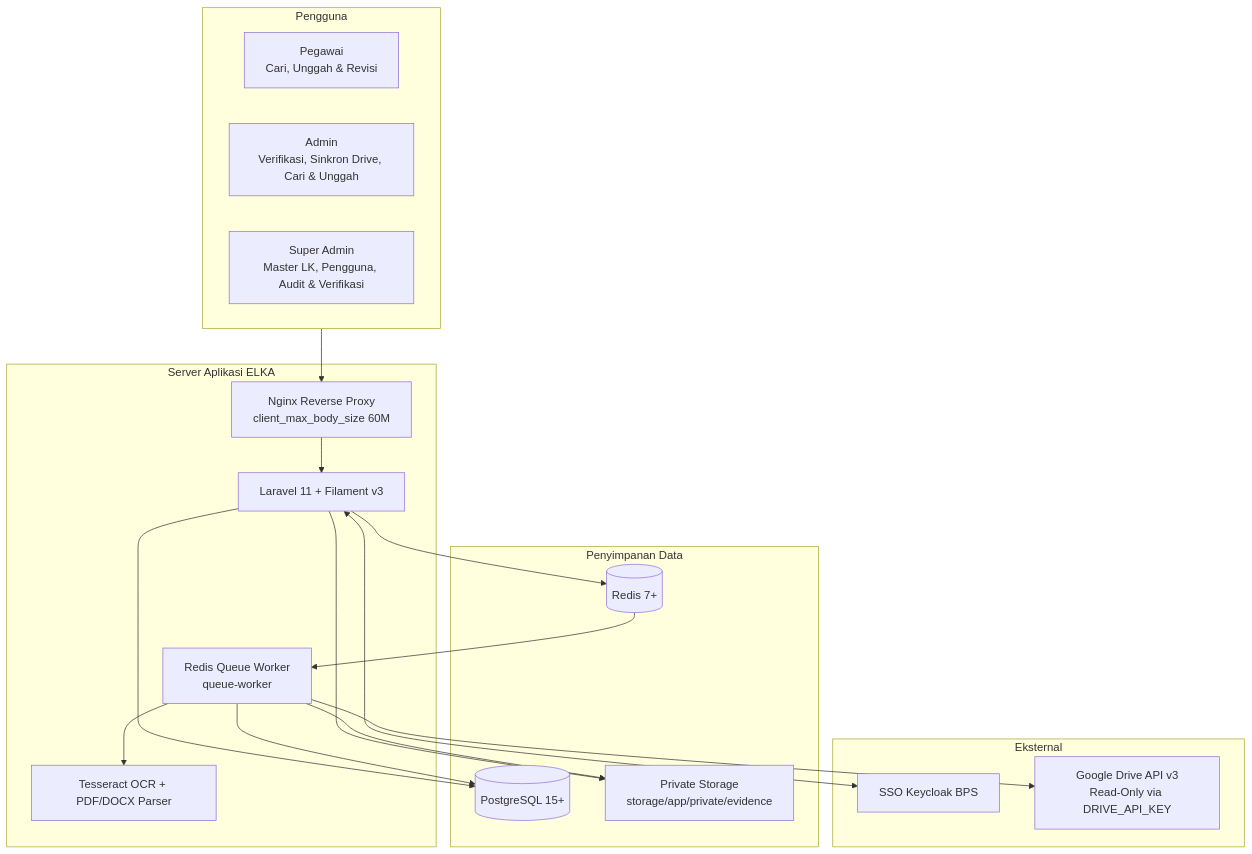
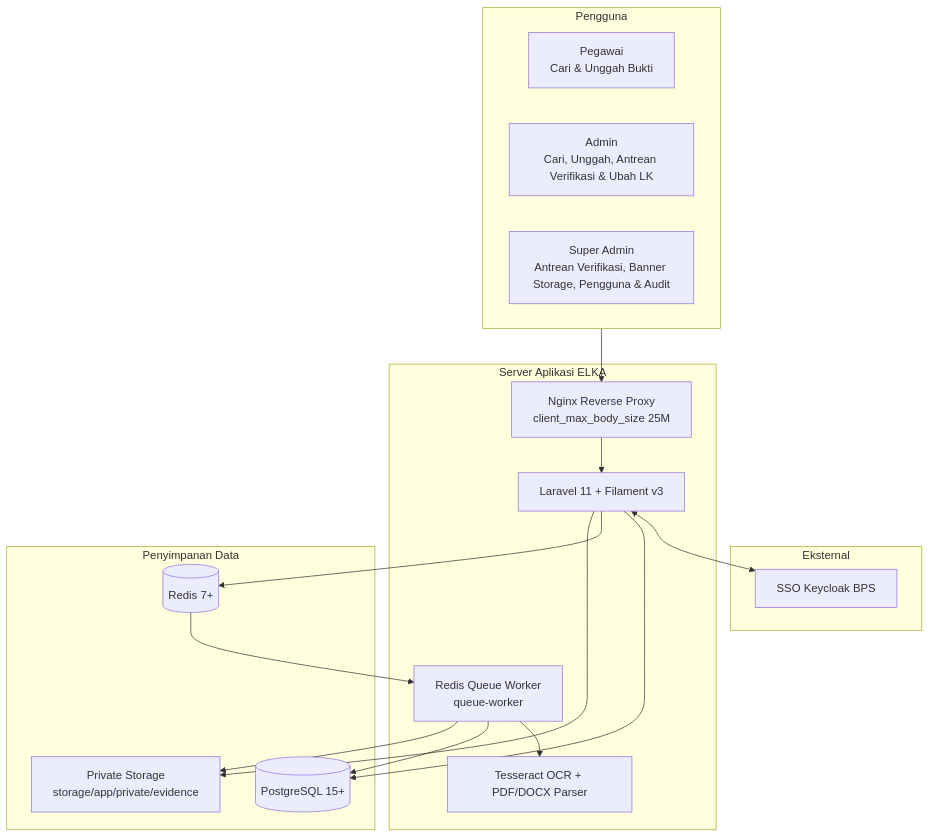
Before and after one commit to Raaamaa/websinkronisasi: the diagram in Md/ARCHITECTURE.md, drawn with Mermaid. The commit also changed other lines of this file and 10 other files, not shown here.

Commit message:
docs(fase-15): sync all 11 active docs with final Perpustakaan Bukti Dukung architecture

````diff
--- a/Md/ARCHITECTURE.md
+++ b/Md/ARCHITECTURE.md
@@ -19,37 +19,35 @@
 ```mermaid
 graph TD
     subgraph Pengguna
-        PGW[Pegawai<br/>Cari, Unggah & Revisi]
-        ADM[Admin<br/>Verifikasi, Sinkron Drive, Cari & Unggah]
-        SA[Super Admin<br/>Master LK, Pengguna, Audit & Verifikasi]
+        PGW[Pegawai<br/>Cari & Unggah Bukti]
+        ADM[Admin<br/>Cari, Unggah, Antrean Verifikasi & Ubah LK]
+        SA[Super Admin<br/>Antrean Verifikasi, Banner Storage, Pengguna & Audit]
     end
 
     subgraph Eksternal
         SSO[SSO Keycloak BPS]
-        GDRIVE[Google Drive API v3<br/>Read-Only via DRIVE_API_KEY]
     end
 
     subgraph Server Aplikasi ELKA
-        NGINX[Nginx Reverse Proxy<br/>client_max_body_size 60M]
+        NGINX[Nginx Reverse Proxy<br/>client_max_body_size 25M]
         APP[Laravel 11 + Filament v3]
         WORKER[Redis Queue Worker<br/>queue-worker]
         TESS[Tesseract OCR + PDF/DOCX Parser]
     end
 
     subgraph Penyimpanan Data
         PG[(PostgreSQL 15+)]
         REDIS[(Redis 7+)]
         DISK[Private Storage<br/>storage/app/private/evidence]
     end
 
     Pengguna --> NGINX --> APP
     APP <--> SSO
     APP --> PG
     APP --> REDIS
     APP --> DISK
     REDIS --> WORKER
-    WORKER --> GDRIVE
     WORKER --> TESS
     WORKER --> PG
     WORKER --> DISK
 ```
````
